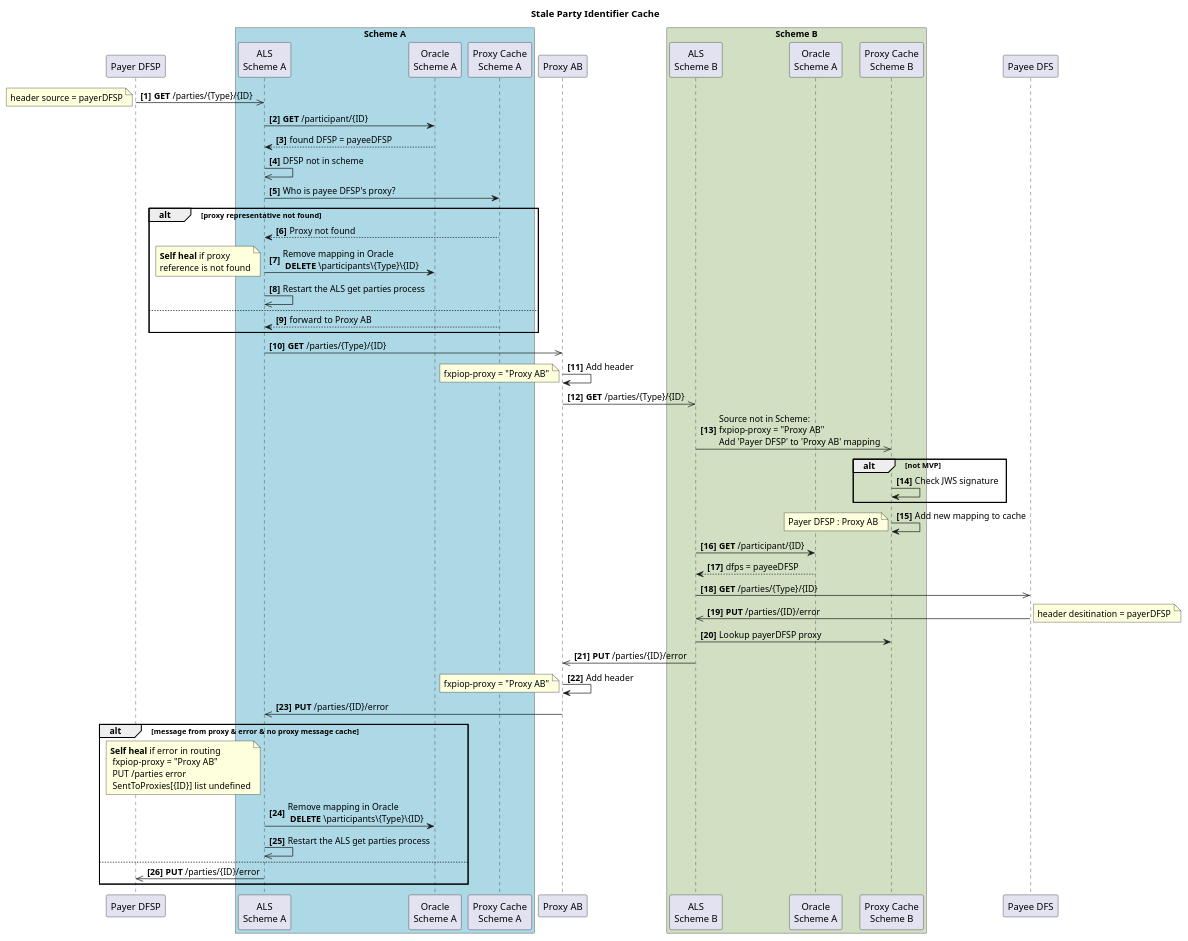
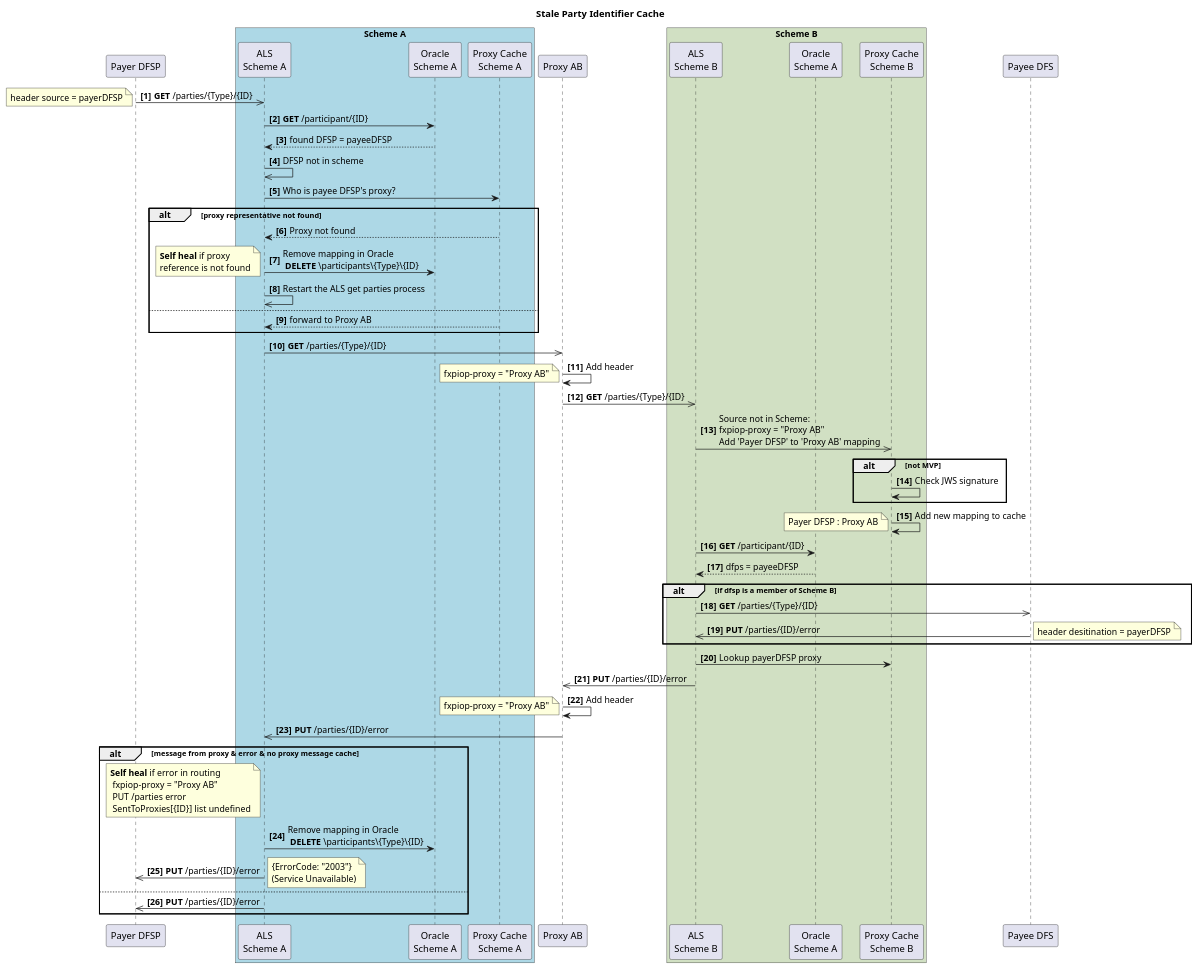
The diagram in md-docs/Inter-SchemeDesign/Interscheme-StalePartyIdentifierCache.plantuml (infitx-org/participation-tool-docs), drawn with PlantUML before and after one commit. The commit also changed 4 other files, not shown here.

Commit message:
feat: Added Error code 2003

```diff
--- a/md-docs/Inter-SchemeDesign/Interscheme-StalePartyIdentifierCache.plantuml
+++ b/md-docs/Inter-SchemeDesign/Interscheme-StalePartyIdentifierCache.plantuml
@@ -1,84 +1,90 @@
 @startuml Interscheme-StalePartyIdentifierCache
 
 title Stale Party Identifier Cache
 
 participant "Payer DFSP" as payerDFSP
 box "Scheme A" #LightBlue
     participant "ALS\nScheme A" as ALS_A
     participant "Oracle\nScheme A" as Oracle_A
     participant "Proxy Cache\nScheme A" as pc_A    
 end box
 participant "Proxy AB" as xnp
 box "Scheme B" #d1e0c3
     participant "ALS\nScheme B" as ALS_B
     participant "Oracle\nScheme A" as Oracle_B
     participant "Proxy Cache\nScheme B" as pc_B    
 end box
 participant "Payee DFS" as payeeDFSP
 
 autonumber 1 "<b>[0]"
 
 payerDFSP ->> ALS_A: **GET** /parties/{Type}/{ID}
 note left
  header source = payerDFSP
 end note
 
   ALS_A-> Oracle_A: **GET** /participant/{ID}
   Oracle_A--> ALS_A: found DFSP = payeeDFSP
   ALS_A ->> ALS_A: DFSP not in scheme
   ALS_A -> pc_A: Who is payee DFSP's proxy?
   alt proxy representative not found
   pc_A --> ALS_A: Proxy not found
   ALS_A -> Oracle_A: Remove mapping in Oracle\n **DELETE** \participants\{Type}\{ID} 
   note left
   **Self heal** if proxy 
   reference is not found
   end note
   ALS_A ->> ALS_A: Restart the ALS get parties process
   else
   pc_A --> ALS_A: forward to Proxy AB
   end
 
   ALS_A ->> xnp: **GET** /parties/{Type}/{ID}
     xnp->xnp: Add header
     note left
     fxpiop-proxy = "Proxy AB"
     end note
 
   xnp ->> ALS_B: **GET** /parties/{Type}/{ID}  
   ALS_B ->> pc_B: Source not in Scheme: \nfxpiop-proxy = "Proxy AB"\nAdd 'Payer DFSP' to 'Proxy AB' mapping
 alt not MVP
   pc_B -> pc_B: Check JWS signature
 end
   pc_B -> pc_B: Add new mapping to cache
 note left
 Payer DFSP : Proxy AB
 end note        
 ALS_B-> Oracle_B: **GET** /participant/{ID}
   Oracle_B--> ALS_B: dfps = payeeDFSP
+ alt if dfsp is a member of Scheme B
   ALS_B ->> payeeDFSP: **GET** /parties/{Type}/{ID}
   payeeDFSP ->> ALS_B: **PUT** /parties/{ID}/error
   note right
    header desitination = payerDFSP
   end note
+  end
   ALS_B -> pc_B: Lookup payerDFSP proxy
   ALS_B ->> xnp: **PUT** /parties/{ID}/error
   xnp->xnp: Add header
     note left
     fxpiop-proxy = "Proxy AB"
     end note
   xnp ->> ALS_A: **PUT** /parties/{ID}/error
   alt message from proxy & error & no proxy message cache
   note left ALS_A
    **Self heal** if error in routing
     fxpiop-proxy = "Proxy AB"
     PUT /parties error
     SentToProxies[{ID}] list undefined
   end note
   ALS_A -> Oracle_A: Remove mapping in Oracle\n **DELETE** \participants\{Type}\{ID} 
-  ALS_A ->> ALS_A: Restart the ALS get parties process
+  ALS_A ->> payerDFSP: **PUT** /parties/{ID}/error
+  note right 
+  {ErrorCode: "2003"} 
+  (Service Unavailable)
+  end note
   else
   ALS_A->>payerDFSP: **PUT** /parties/{ID}/error
 end
 
 @enduml
```
